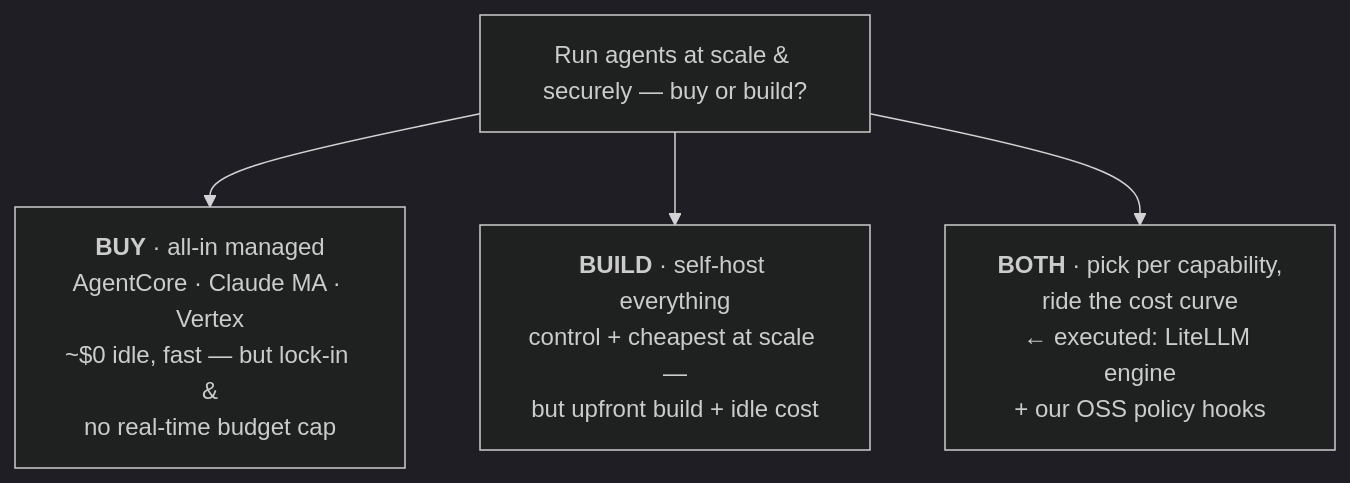
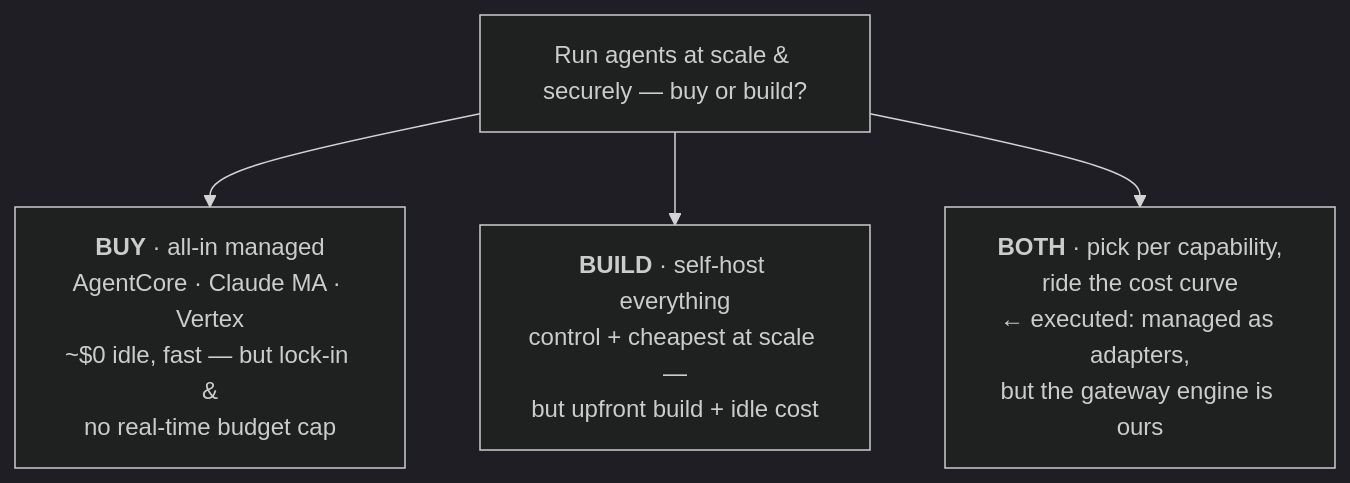
The third of 17 diagrams in docs/walkthrough-slides.md (tilsley/creance), drawn with Mermaid (dark theme) before and after one commit. The commit also changed other lines of this file and 22 other files, not shown here.

````diff
--- a/docs/walkthrough-slides.md
+++ b/docs/walkthrough-slides.md
@@ -31,7 +31,7 @@
 ```mermaid
 flowchart TB
   Q["Run agents at scale & securely — buy or build?"]
   Q --> B1["<b>BUY</b> · all-in managed<br/>AgentCore · Claude MA · Vertex<br/>~$0 idle, fast — but lock-in &<br/>no real-time budget cap"]
   Q --> B2["<b>BUILD</b> · self-host everything<br/>control + cheapest at scale —<br/>but upfront build + idle cost"]
-  Q --> B3["<b>BOTH</b> · pick per capability,<br/>ride the cost curve<br/>← executed: LiteLLM engine<br/>+ our OSS policy hooks"]
+  Q --> B3["<b>BOTH</b> · pick per capability,<br/>ride the cost curve<br/>← executed: managed as adapters,<br/>but the gateway engine is ours"]
 ```
````
